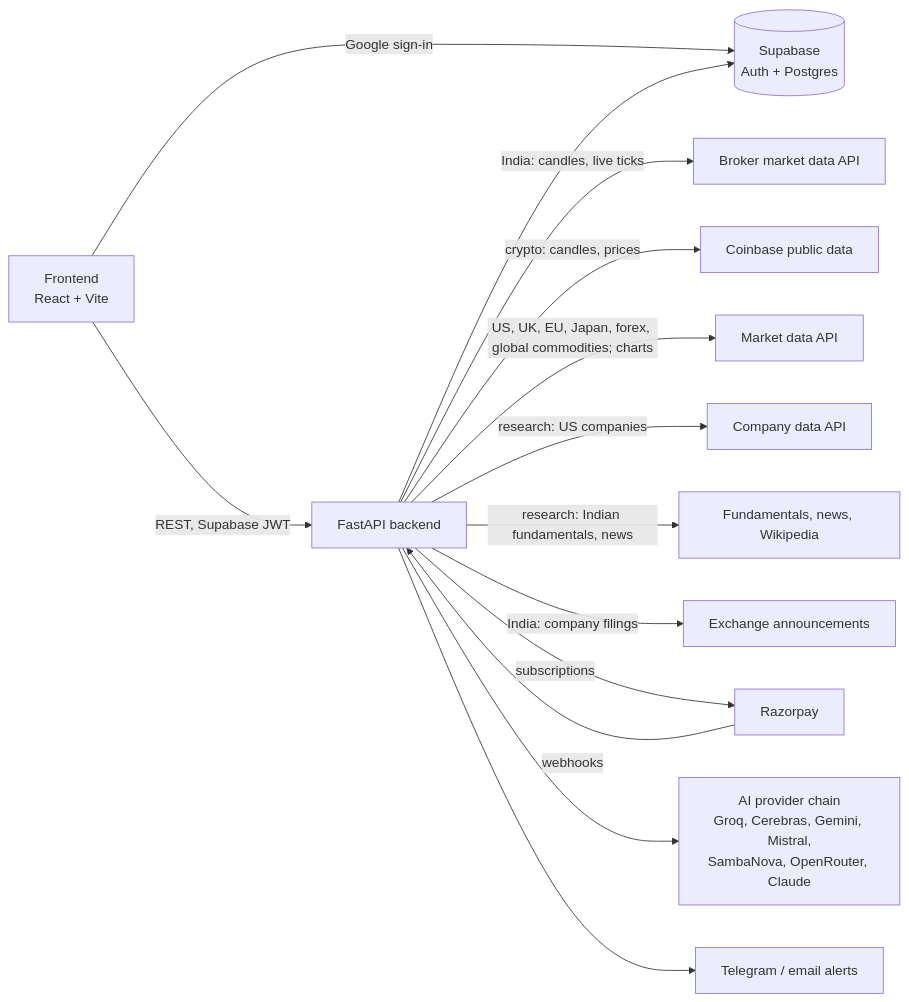
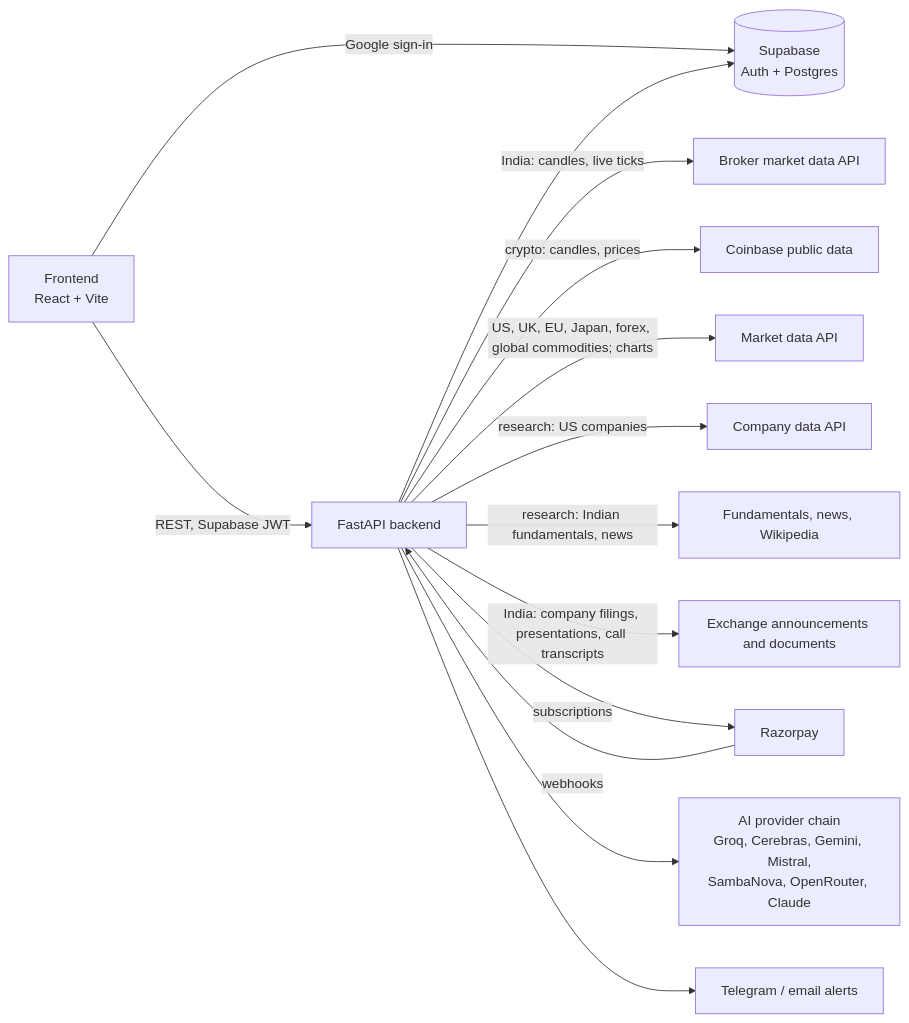
One commit to prakul1982/stratlab changed the diagram in README.md. Above: the diagram before and after it, drawn with Mermaid. The commit also changed other lines of this file and 18 other files, not shown here.

````diff
--- a/README.md
+++ b/README.md
@@ -188,16 +190,16 @@
 ```mermaid
 flowchart LR
     UI["Frontend<br/>React + Vite"] -- "REST, Supabase JWT" --> API["FastAPI backend"]
     UI -- "Google sign-in" --> SB[("Supabase<br/>Auth + Postgres")]
     API --> SB
     API -- "India: candles, live ticks" --> BROKER["Broker market data API"]
     API -- "crypto: candles, prices" --> CB["Coinbase public data"]
     API -- "US, UK, EU, Japan, forex, global commodities; charts" --> YF["Market data API"]
     API -- "research: US companies" --> FH["Company data API"]
     API -- "research: Indian fundamentals, news" --> SC["Fundamentals, news, Wikipedia"]
-    API -- "India: company filings" --> EX["Exchange announcements"]
+    API -- "India: company filings, presentations, call transcripts" --> EX["Exchange announcements and documents"]
     API -- "subscriptions" --> RZP["Razorpay"]
     RZP -- "webhooks" --> API
     API --> AI["AI provider chain<br/>Groq, Cerebras, Gemini, Mistral,<br/>SambaNova, OpenRouter, Claude"]
     API --> ALERT["Telegram / email alerts"]
 ```
````
